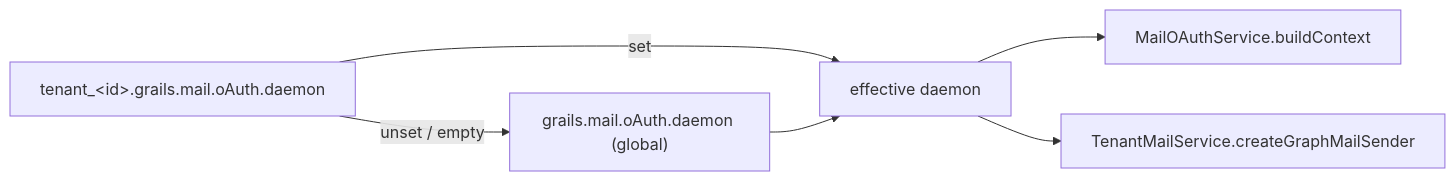
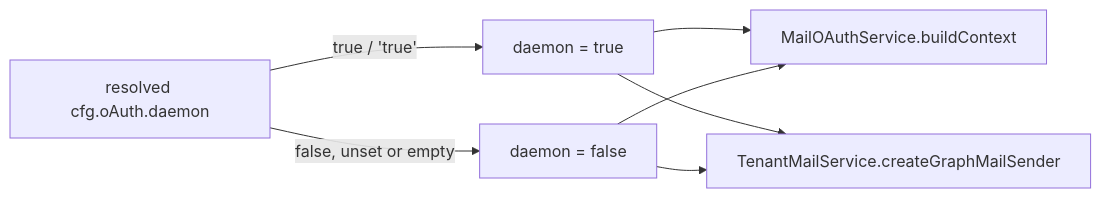
Before and after one commit to vsachinv/mail-oauth: the seventh of 10 diagrams in docs/PLUGIN_DESIGN.md, drawn with Mermaid. The commit also changed other lines of this file and 9 other files, not shown here.

Commit message:
PVR-107197: Read tenant daemon flag from tenant config only, unset means false

````diff
--- a/docs/PLUGIN_DESIGN.md
+++ b/docs/PLUGIN_DESIGN.md
@@ -239,7 +239,9 @@
 ```mermaid
 flowchart LR
-    A["tenant_&lt;id&gt;.grails.mail.oAuth.daemon"] -->|set| R["effective daemon"]
-    A -->|unset / empty| G["grails.mail.oAuth.daemon (global)"] --> R
-    R --> U1["MailOAuthService.buildContext"]
-    R --> U2["TenantMailService.createGraphMailSender"]
+    A["resolved cfg.oAuth.daemon"] -->|true / 'true'| T["daemon = true"]
+    A -->|false, unset or empty| F["daemon = false"]
+    T --> U1["MailOAuthService.buildContext"]
+    F --> U1
+    T --> U2["TenantMailService.createGraphMailSender"]
+    F --> U2
 ```
````
